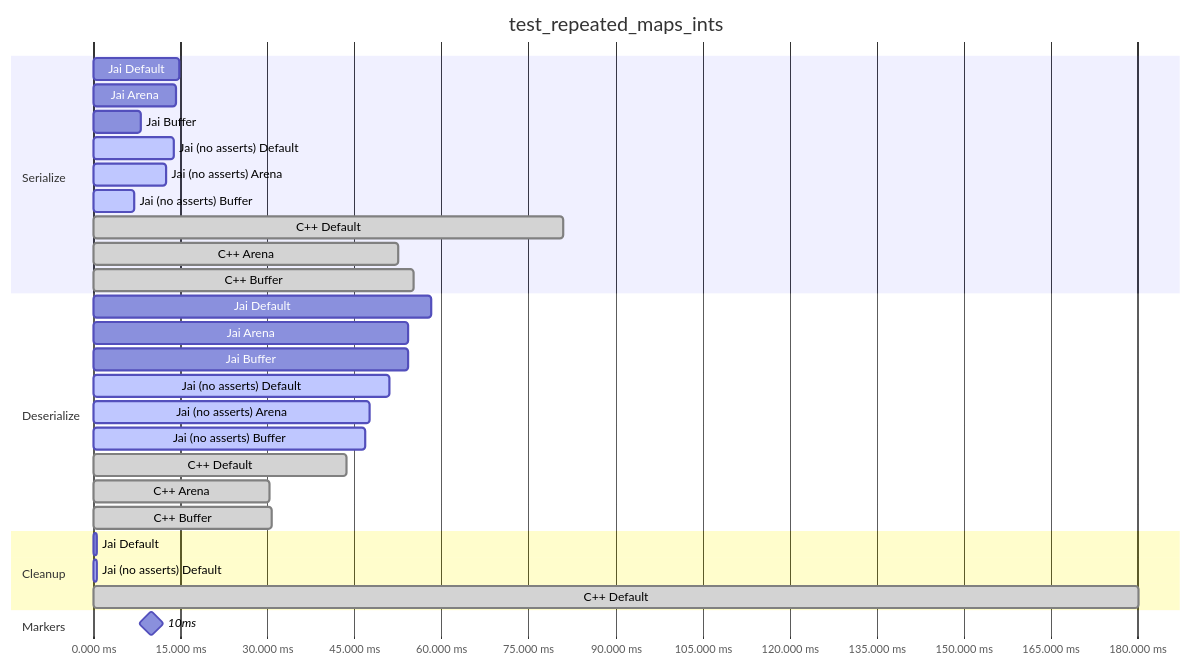
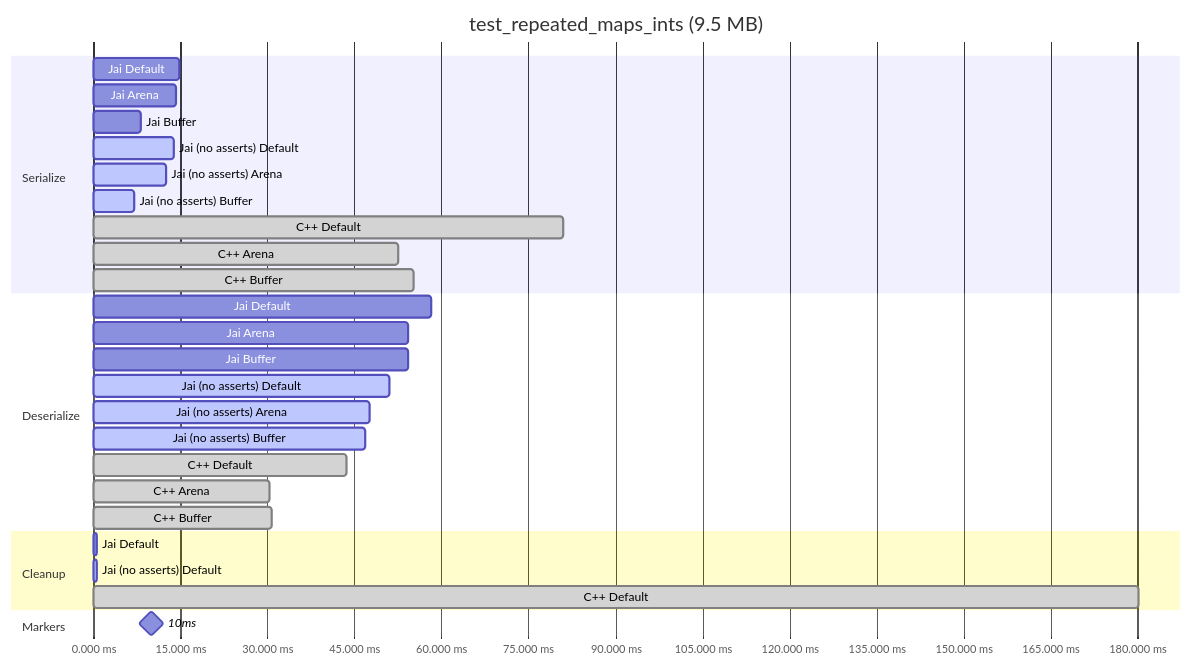
Before and after one commit to segcore/jai-protobuf-timings: the fifth of 7 diagrams in README.md, drawn with Mermaid. The commit also changed other lines of this file and 1 other file, not shown here.

````diff
--- a/README.md
+++ b/README.md
@@ -148,32 +148,32 @@
 ```mermaid
 gantt
-    title test_repeated_maps_ints
+    title test_repeated_maps_ints (9.5 MB)
     dateFormat x
     axisFormat %s.%L ms
     section Serialize
         Jai Default : 0, 14.854857s
         Jai Arena : 0, 14.156251s
         Jai Buffer : 0, 8.065217s
         Jai (no asserts) Default :active, 0, 13.89331s
         Jai (no asserts) Arena :active, 0, 12.598796s
         Jai (no asserts) Buffer :active, 0, 7.080132s
         C++ Default :done, 0, 81.006099s
         C++ Arena :done, 0, 52.51317s
         C++ Buffer :done, 0, 55.215607s
     section Deserialize
         Jai Default : 0, 58.133545s
         Jai Arena : 0, 54.323349s
         Jai Buffer : 0, 54.173507s
         Jai (no asserts) Default :active, 0, 51.067858s
         Jai (no asserts) Arena :active, 0, 47.587862s
         Jai (no asserts) Buffer :active, 0, 46.763882s
         C++ Default :done, 0, 43.560041s
         C++ Arena :done, 0, 30.420694s
         C++ Buffer :done, 0, 30.746373s
     section Cleanup
         Jai Default : 0, 0.563285s
         Jai (no asserts) Default :active, 0, 0.601231s
         C++ Default :done, 0, 180.168408s
     section Markers
         10ms : milestone, m1, 0, 20s
 ```
````
